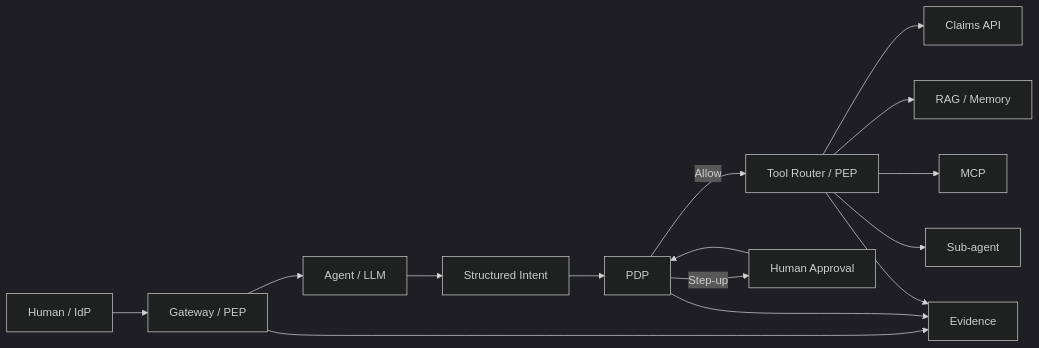
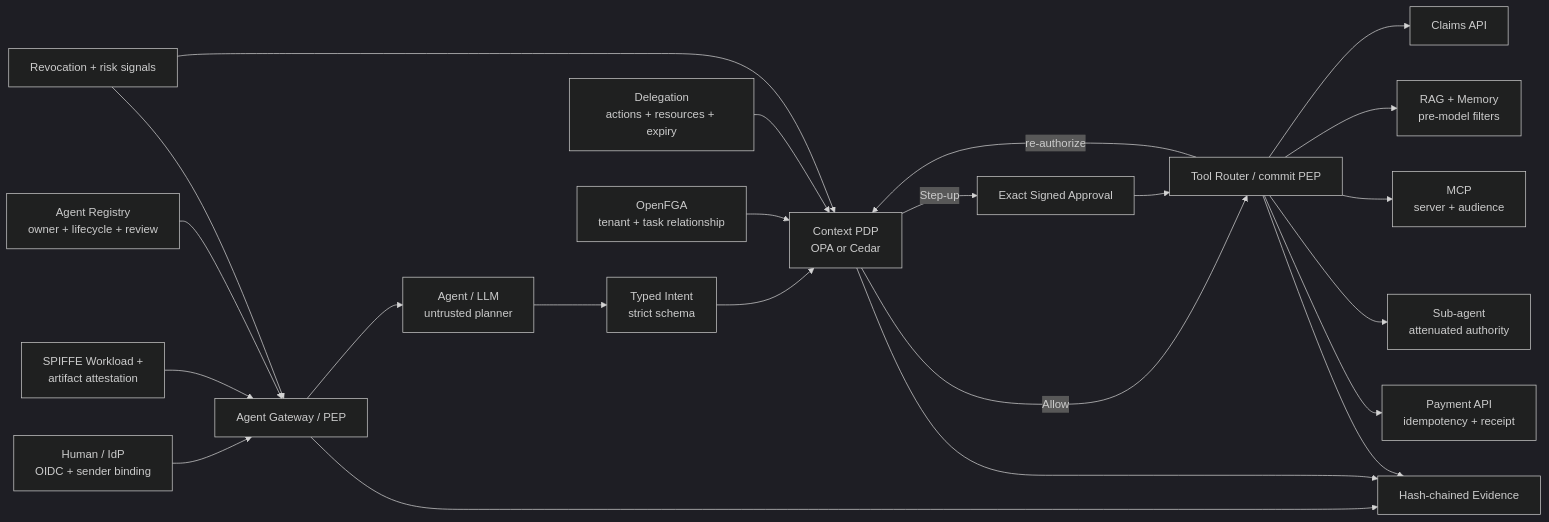
One commit to mahsa-teimourikia/agent-identity changed the diagram in curriculum/intermediate/13-capstone-secure-agent-identity/architecture/capstone_architecture.mmd. Above: the diagram before and after it, drawn with Mermaid (dark theme). The commit also changed 22 other files, not shown here.

```diff
--- a/curriculum/intermediate/13-capstone-secure-agent-identity/architecture/capstone_architecture.mmd
+++ b/curriculum/intermediate/13-capstone-secure-agent-identity/architecture/capstone_architecture.mmd
@@ -1,15 +1,23 @@
 flowchart LR
-U[Human / IdP] --> G[Gateway / PEP]
-G --> A[Agent / LLM]
-A --> I[Structured Intent]
-I --> P[PDP]
-P -->|Allow| T[Tool Router / PEP]
-P -->|Step-up| H[Human Approval]
-H --> P
-T --> C[Claims API]
-T --> R[RAG / Memory]
-T --> M[MCP]
-T --> S[Sub-agent]
-G --> E[Evidence]
-P --> E
-T --> E
+  U[Human / IdP<br/>OIDC + sender binding] --> G[Agent Gateway / PEP]
+  W[SPIFFE Workload +<br/>artifact attestation] --> G
+  AR[Agent Registry<br/>owner + lifecycle + review] --> G
+  G --> A[Agent / LLM<br/>untrusted planner]
+  A --> I[Typed Intent<br/>strict schema]
+  I --> P[Context PDP<br/>OPA or Cedar]
+  F[OpenFGA<br/>tenant + task relationship] --> P
+  D[Delegation<br/>actions + resources + expiry] --> P
+  P -->|Allow| T[Tool Router / commit PEP]
+  P -->|Step-up| H[Exact Signed Approval]
+  H --> T
+  T -->|re-authorize| P
+  T --> C[Claims API]
+  T --> R[RAG + Memory<br/>pre-model filters]
+  T --> M[MCP<br/>server + audience]
+  T --> S[Sub-agent<br/>attenuated authority]
+  T --> X[Payment API<br/>idempotency + receipt]
+  G --> E[Hash-chained Evidence]
+  P --> E
+  T --> E
+  RV[Revocation + risk signals] --> G
+  RV --> P
```
